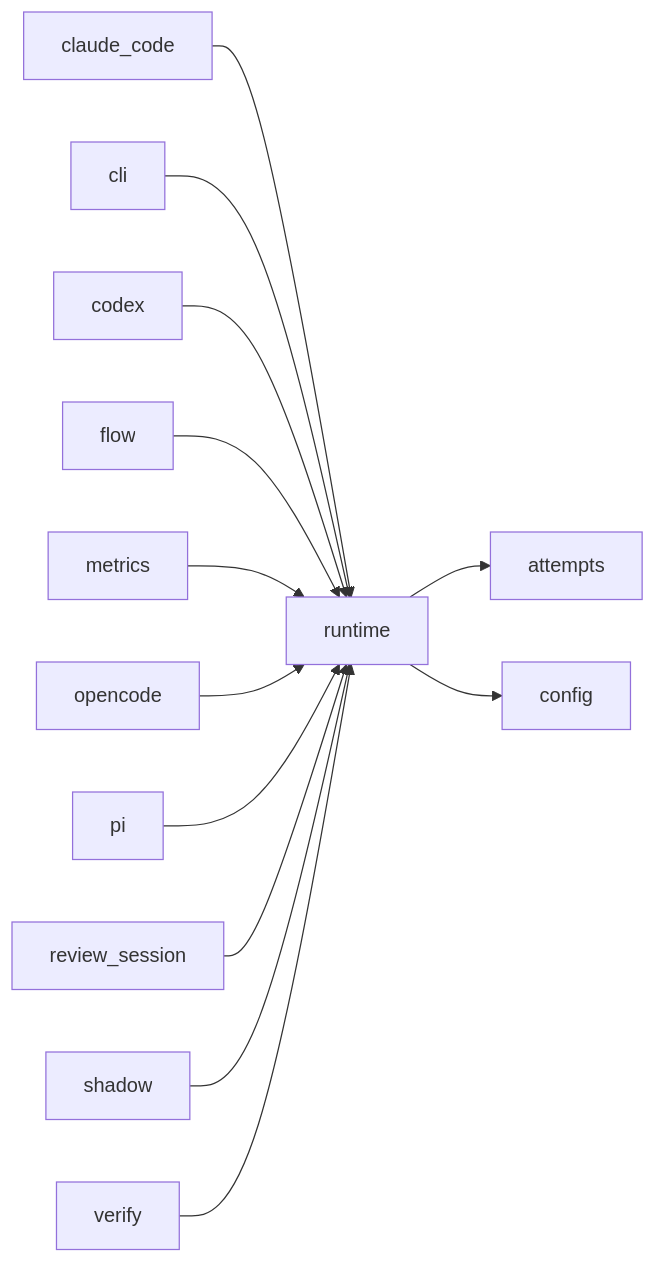
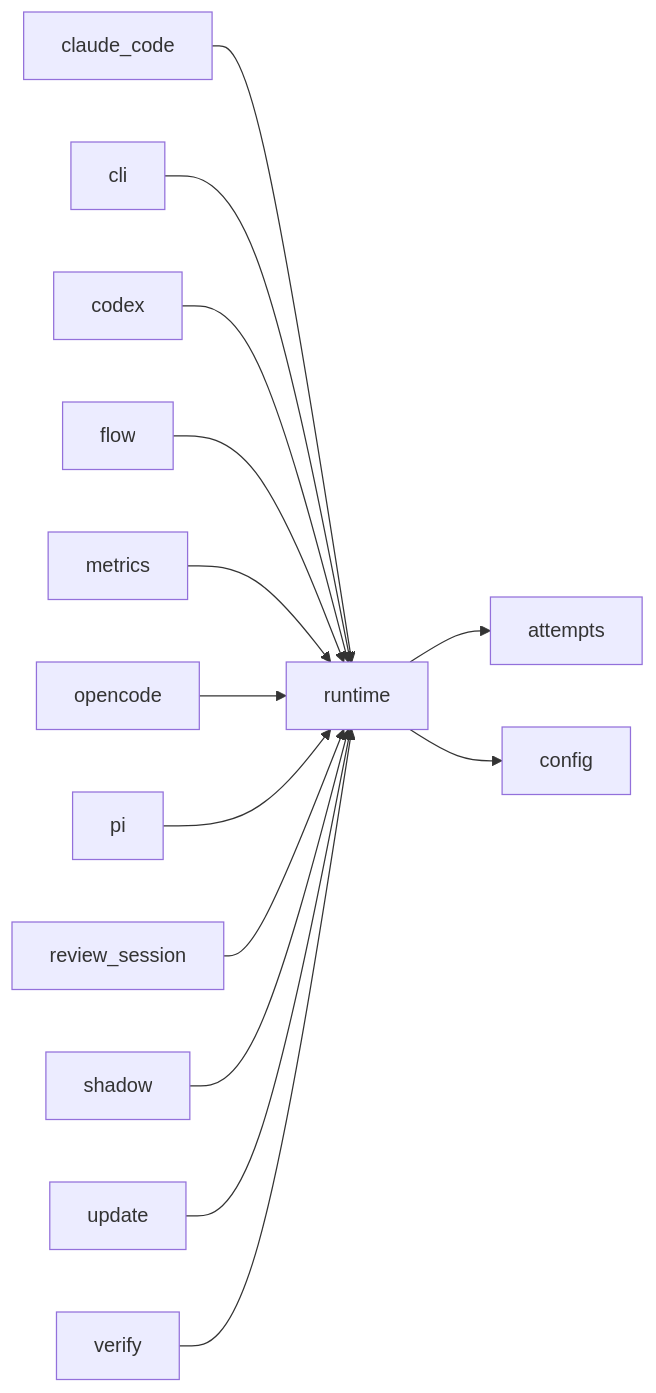
Before and after one commit to plaplanche/ariane: the third of 3 diagrams in docs/architecture/modules/runtime.md, drawn with Mermaid. The commit also changed 33 other files, not shown here.

````diff
--- a/docs/architecture/modules/runtime.md
+++ b/docs/architecture/modules/runtime.md
@@ -84,15 +84,16 @@
 ```mermaid
 flowchart LR
   claude_code --> runtime
   cli --> runtime
   codex --> runtime
   flow --> runtime
   metrics --> runtime
   opencode --> runtime
   pi --> runtime
   review_session --> runtime
   runtime --> attempts
   runtime --> config
   shadow --> runtime
+  update --> runtime
   verify --> runtime
 ```
````
